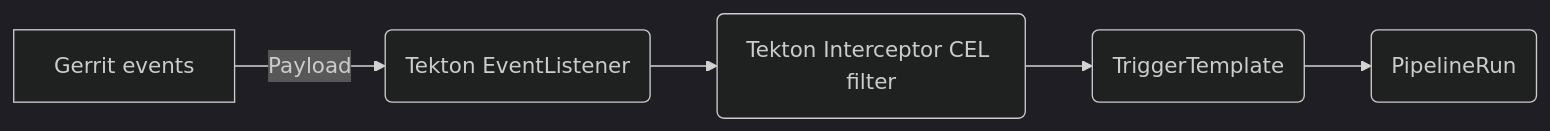
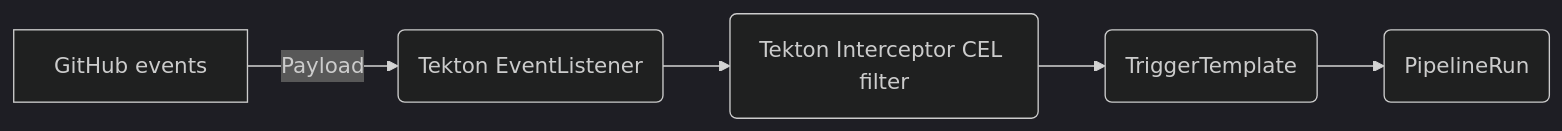
The diagram in versioned_docs/version-3.9.0/use-cases/tekton-custom-pipelines.md (KubeRocketCI/docs), drawn with Mermaid (dark theme) before and after one commit. The commit also changed other lines of this file and 69 other files, not shown here.

````diff
--- a/versioned_docs/version-3.9.0/use-cases/tekton-custom-pipelines.md
+++ b/versioned_docs/version-3.9.0/use-cases/tekton-custom-pipelines.md
@@ -362,4 +357,4 @@
 ```mermaid
 graph LR;
-    A[Gerrit events] --> |Payload| B(Tekton EventListener) --> C(Tekton Interceptor CEL filter) --> D(TriggerTemplate)--> E(PipelineRun)
+    A[GitHub events] --> |Payload| B(Tekton EventListener) --> C(Tekton Interceptor CEL filter) --> D(TriggerTemplate)--> E(PipelineRun)
 ```
````
